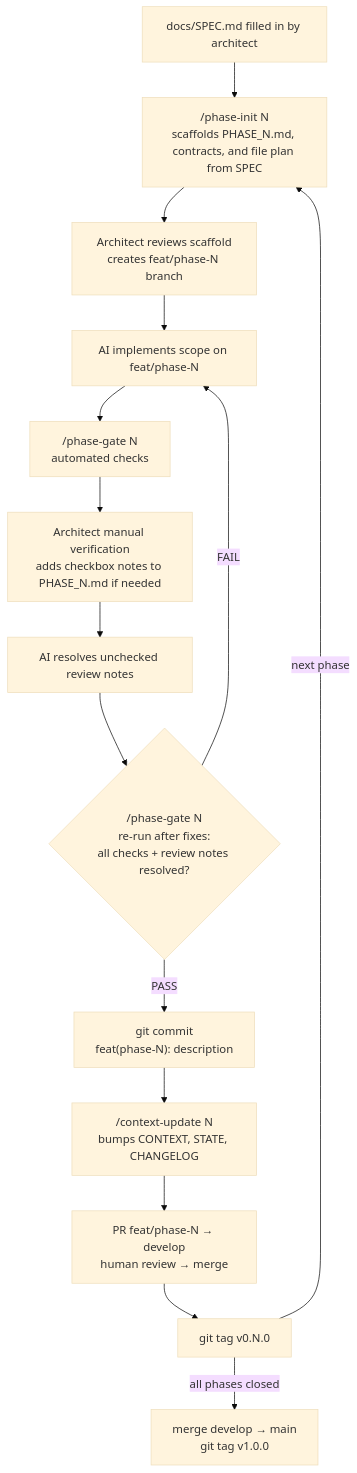
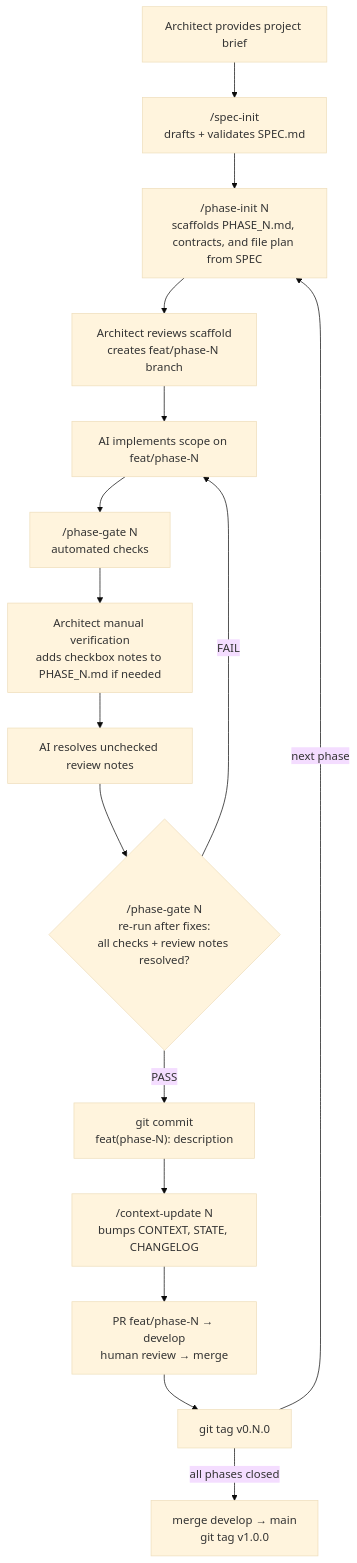
One commit to avatarsik6699/sdd-template changed the diagram in templates/fastapi-nuxt/source/README.md. Above: the diagram before and after it, drawn with Mermaid (base theme). The commit also changed other lines of this file and 19 other files, not shown here.

Commit message:
docs: add spec-init workflow and update related documentation for clarity and consistency

````diff
--- a/templates/fastapi-nuxt/source/README.md
+++ b/templates/fastapi-nuxt/source/README.md
@@ -45,18 +45,18 @@
 ```mermaid
 flowchart TD
-    Spec[docs/SPEC.md filled in by architect]
-    Spec --> Init["/phase-init N<br/>scaffolds PHASE_N.md, contracts, and file plan from SPEC"]
+    Brief[Architect provides project brief] --> SpecInit["/spec-init<br/>drafts + validates SPEC.md"]
+    SpecInit --> Init["/phase-init N<br/>scaffolds PHASE_N.md, contracts, and file plan from SPEC"]
     Init --> Fill[Architect reviews scaffold<br/>creates feat/phase-N branch]
     Fill --> Impl[AI implements scope on feat/phase-N]
     Impl --> Gate["/phase-gate N<br/>automated checks"]
     Gate --> Review[Architect manual verification<br/>adds checkbox notes to PHASE_N.md if needed]
     Review --> Fix[AI resolves unchecked review notes]
     Fix --> Ready{"/phase-gate N<br/>re-run after fixes:<br/>all checks + review notes resolved?"}
     Ready -- FAIL --> Impl
     Ready -- PASS --> Commit["git commit<br/>feat(phase-N): description"]
     Commit --> CtxUpdate["/context-update N<br/>bumps CONTEXT, STATE, CHANGELOG"]
     CtxUpdate --> PR[PR feat/phase-N → develop<br/>human review → merge]
     PR --> Tag["git tag v0.N.0"]
     Tag -- next phase --> Init
     Tag -- all phases closed --> Release[merge develop → main<br/>git tag v1.0.0]
 ```
````
